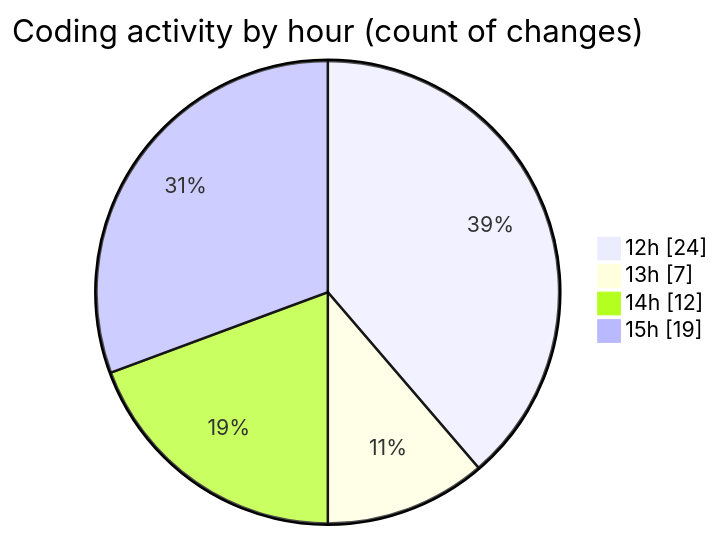
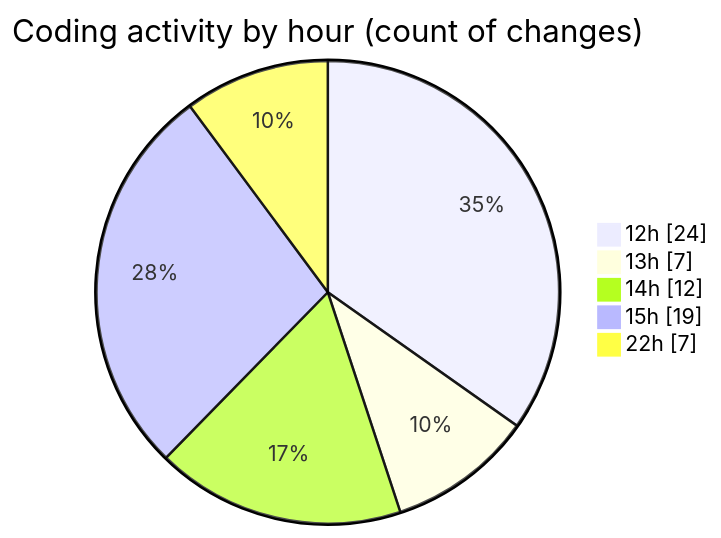
One commit to lephambinh05/code-tracking changed the second of 2 diagrams in 2025-08-25/quytuthien_vn/README.md. Above: the diagram before and after it, drawn with Mermaid. The commit also changed other lines of this file and 1 other file, not shown here.

````diff
--- a/2025-08-25/quytuthien_vn/README.md
+++ b/2025-08-25/quytuthien_vn/README.md
@@ -60,8 +60,9 @@
 ```mermaid
 pie showData
 title Coding activity by hour (count of changes)
 "12h" : 24
 "13h" : 7
 "14h" : 12
 "15h" : 19
+"22h" : 7
 ```
````
